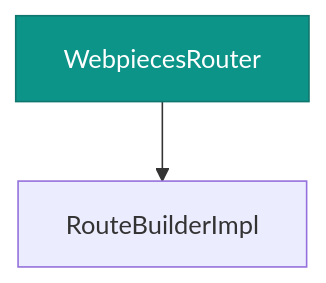
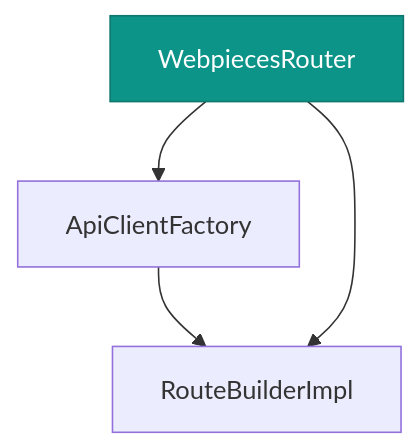
Before and after one commit to deanhiller/webpieces-ts: the diagram in packages/http/http-routing/design.md, drawn with Mermaid. The commit also changed other lines of this file and 13 other files, not shown here.

````diff
--- a/packages/http/http-routing/design.md
+++ b/packages/http/http-routing/design.md
@@ -13,11 +13,14 @@
 ```mermaid
 graph TD
+    ApiClientFactory["ApiClientFactory"]
     RouteBuilderImpl["RouteBuilderImpl"]
     WebpiecesRouter["WebpiecesRouter"]:::apiImpl
+    ApiClientFactory --> RouteBuilderImpl
+    WebpiecesRouter --> ApiClientFactory
     WebpiecesRouter --> RouteBuilderImpl
     classDef controller fill:#1f6feb,color:#ffffff,stroke:#0d419d
     classDef apiImpl fill:#0d9488,color:#ffffff,stroke:#0f766e
     classDef component fill:#2da44e,color:#ffffff,stroke:#1a7f37
     classDef unresolved fill:#f0ad4e,color:#000000,stroke:#b8860b,stroke-dasharray: 5 5
     classDef external fill:#b39ddb,color:#000000,stroke:#5e35b1,stroke-width:3px
 ```
````
